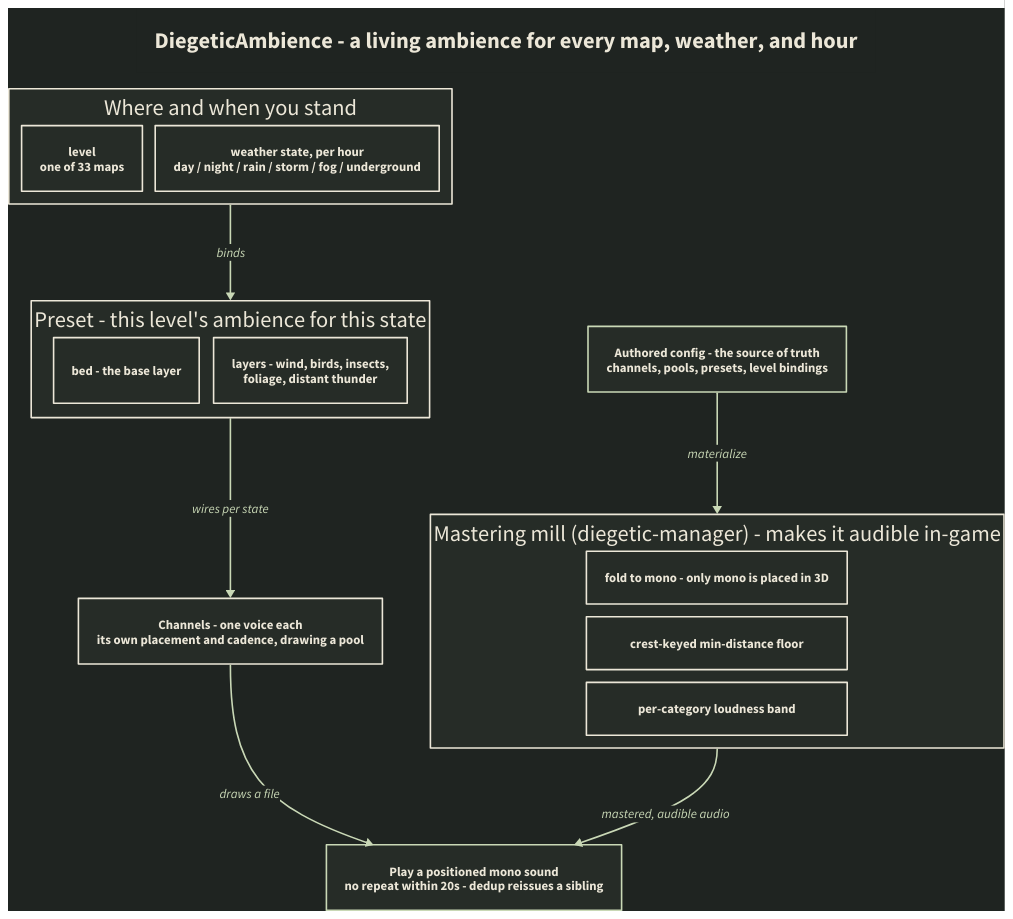
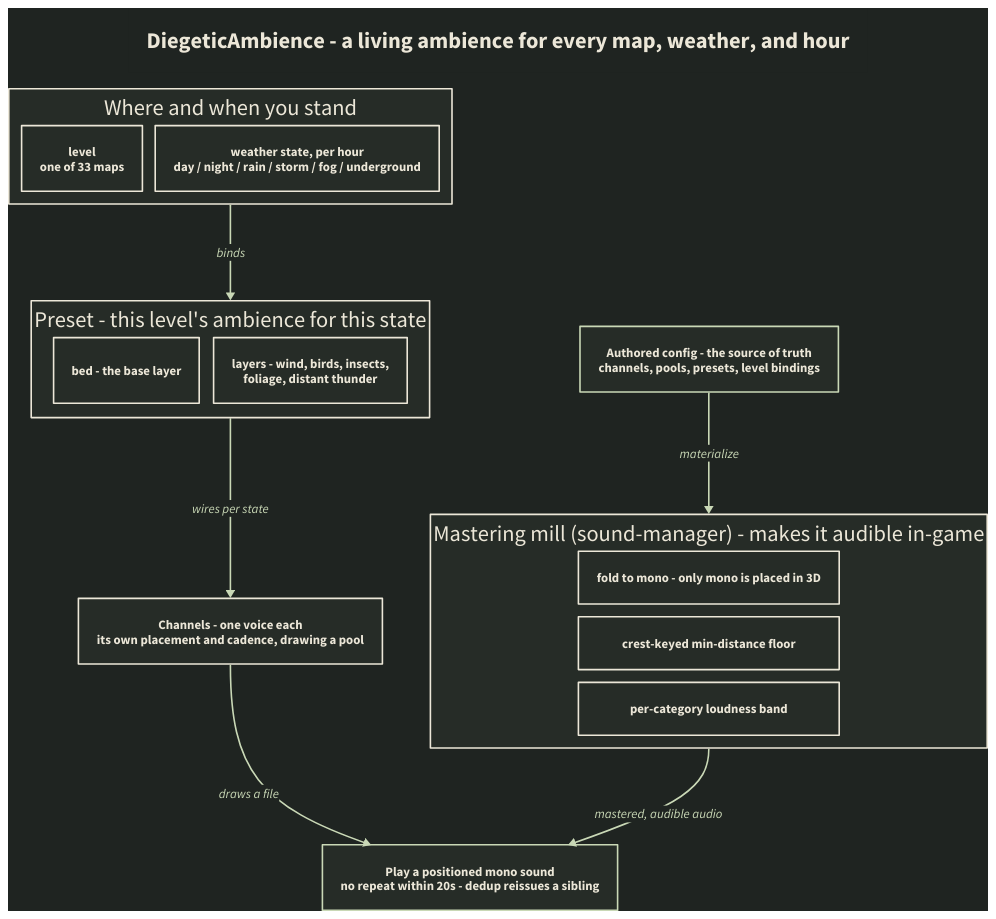
One commit to damiansirbu-stalker/DiegeticAmbience changed the diagram in doc/img/diegeticambience-howitworks.d2. Above: the diagram before and after it, drawn with D2. The commit also changed 3 other files, not shown here.

First line of the commit message:
chore: update sound pipeline tool name to sound-manager

```diff
--- a/doc/img/diegeticambience-howitworks.d2
+++ b/doc/img/diegeticambience-howitworks.d2
@@ -1,51 +1,51 @@
 direction: down
 
 style.fill: "#1f2421"
 
 **.style.fill: "#262c27"
 **.style.stroke: "#ece7d8"
 **.style.font-color: "#ece7d8"
 **.style.stroke-width: 2
 
 title: "DiegeticAmbience - a living ambience for every map, weather, and hour" {
   near: top-center
   style: { stroke-width: 0; fill: "#1f2421"; font-color: "#ece7d8"; font-size: 28 }
 }
 
 inputs: "Where and when you stand" {
   grid-columns: 2
   grid-gap: 16
   lvl: "level\none of 33 maps"
   st: "weather state, per hour\nday / night / rain / storm / fog / underground"
 }
 
 preset: "Preset - this level's ambience for this state" {
   grid-columns: 2
   grid-gap: 18
   bed: "bed - the base layer"
   dyn: "layers - wind, birds, insects,\nfoliage, distant thunder"
 }
 
 channels: "Channels - one voice each\nits own placement and cadence, drawing a pool"
 
 play: "Play a positioned mono sound\nno repeat within 20s - dedup reissues a sibling" {
   style.stroke: "#c9d8b6"
 }
 
 config: "Authored config - the source of truth\nchannels, pools, presets, level bindings" {
   style.stroke: "#c9d8b6"
 }
 
-mill: "Mastering mill (diegetic-manager) - makes it audible in-game" {
+mill: "Mastering mill (sound-manager) - makes it audible in-game" {
   grid-columns: 1
   grid-gap: 16
   f: "fold to mono - only mono is placed in 3D"
   m: "crest-keyed min-distance floor"
   l: "per-category loudness band"
 }
 
 inputs -> preset: "binds" { style: { stroke: "#c9d8b6"; font-color: "#c9d8b6" } }
 preset -> channels: "wires per state" { style: { stroke: "#c9d8b6"; font-color: "#c9d8b6" } }
 channels -> play: "draws a file" { style: { stroke: "#c9d8b6"; font-color: "#c9d8b6" } }
 config -> mill: "materialize" { style: { stroke: "#c9d8b6"; font-color: "#c9d8b6" } }
 mill -> play: "mastered, audible audio" { style: { stroke: "#c9d8b6"; font-color: "#c9d8b6" } }
```
